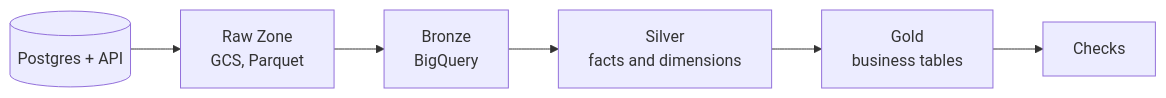
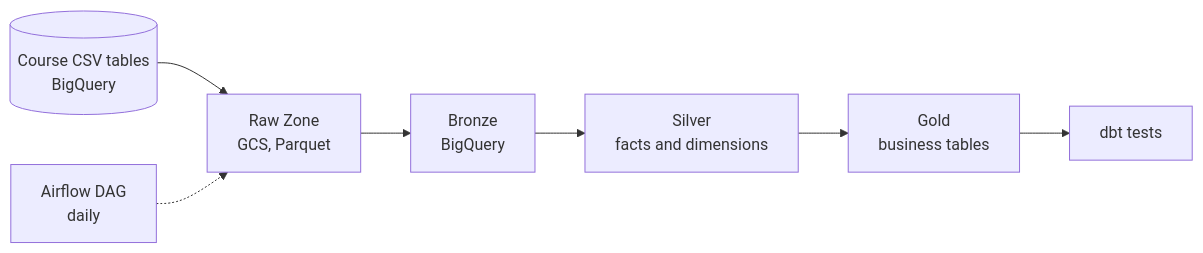
One commit to wayneworkspace/PROJECT_Stylehub-Data-Platform changed the diagram in README.md. Above: the diagram before and after it, drawn with Mermaid. The commit also changed other lines of this file and 149 other files, not shown here.

````diff
--- a/README.md
+++ b/README.md
@@ -26,8 +27,9 @@
 ```mermaid
 flowchart LR
-    A[(Postgres + API)] --> B[Raw Zone<br/>GCS, Parquet]
+    A[(Course CSV tables<br/>BigQuery)] --> B[Raw Zone<br/>GCS, Parquet]
     B --> C[Bronze<br/>BigQuery]
     C --> D[Silver<br/>facts and dimensions]
     D --> E[Gold<br/>business tables]
-    E --> F[Checks]
+    E --> F[dbt tests]
+    G[Airflow DAG<br/>daily] -.-> B
 ```
````
